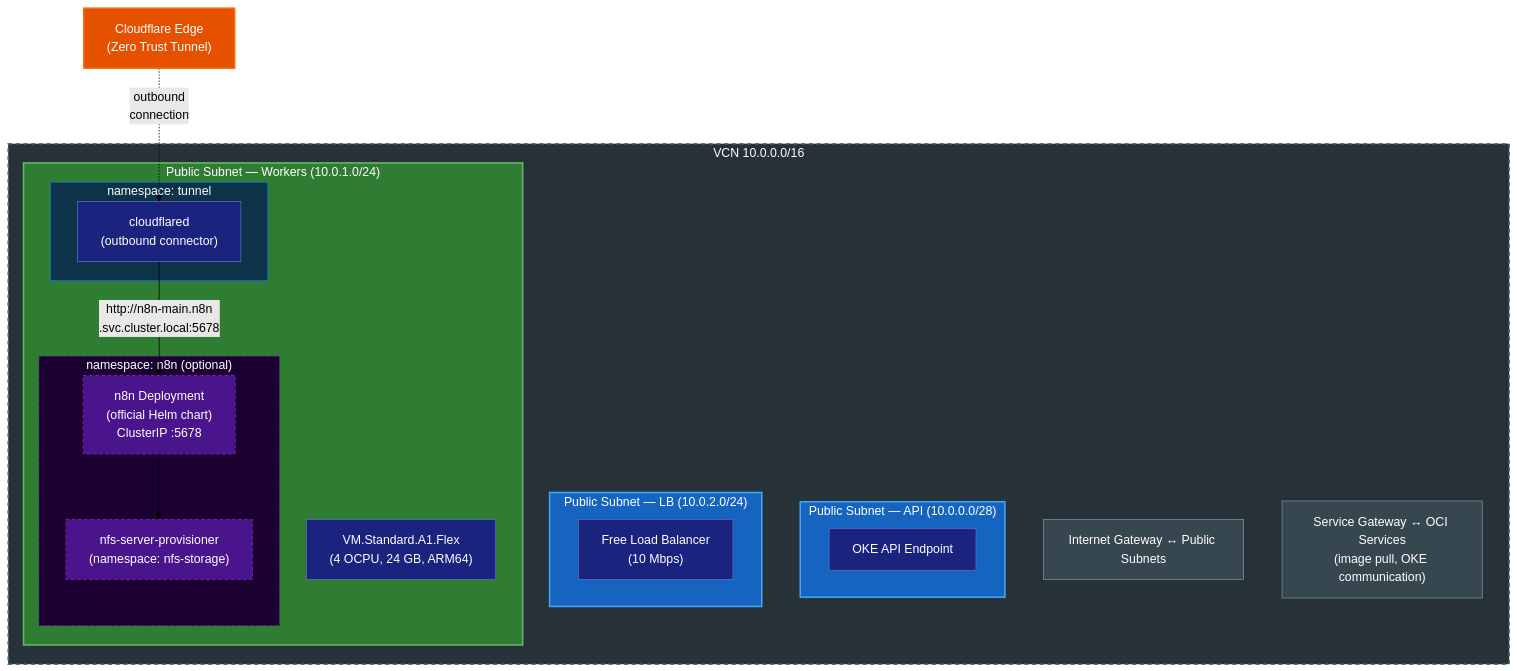
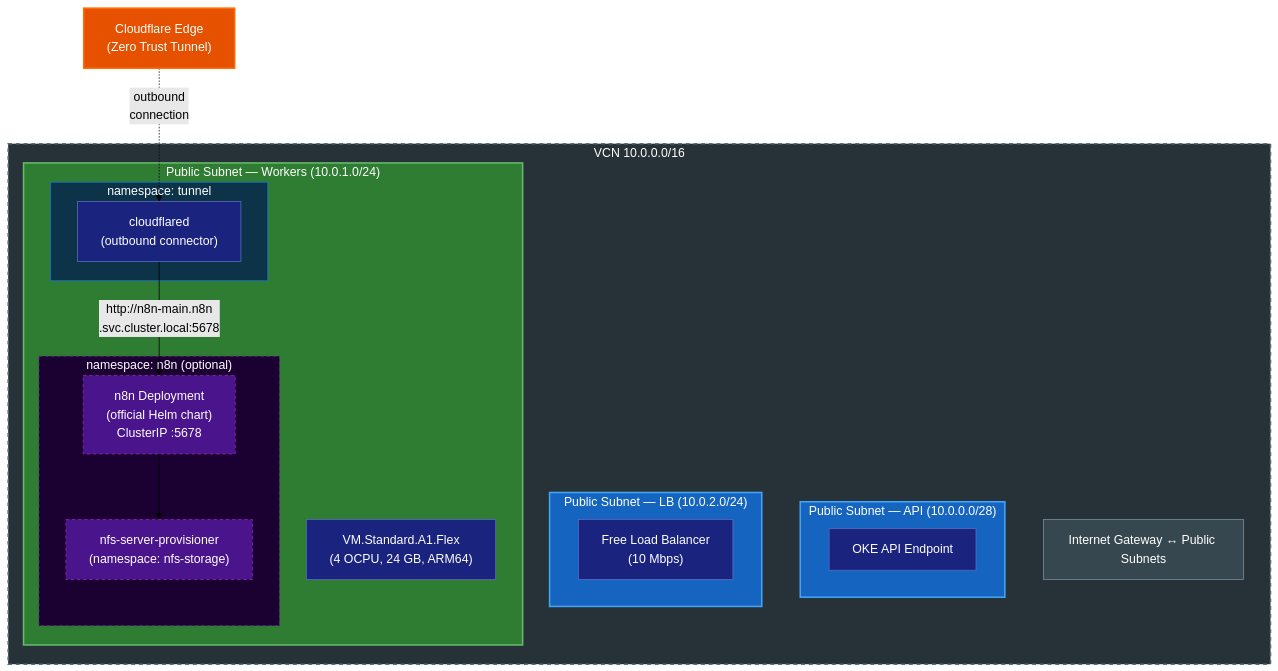
One commit to Kouni/terraform-oci-oke-alwaysfree changed the diagram in README.md. Above: the diagram before and after it, drawn with Mermaid (forest theme). The commit also changed other lines of this file and 4 other files, not shown here.

First line of the commit message:
docs: consolidate guides and align with simplified architecture

````diff
--- a/README.md
+++ b/README.md
@@ -7,51 +7,50 @@
 ```mermaid
 graph TB
     CF["Cloudflare Edge<br/>(Zero Trust Tunnel)"]
 
     subgraph VCN["VCN 10.0.0.0/16"]
         subgraph SUB_API["Public Subnet — API (10.0.0.0/28)"]
             API["OKE API Endpoint"]
         end
 
         subgraph SUB_LB["Public Subnet — LB (10.0.2.0/24)"]
             LB["Free Load Balancer<br/>(10 Mbps)"]
         end
 
         subgraph SUB_WORKER["Public Subnet — Workers (10.0.1.0/24)"]
             WORKER["VM.Standard.A1.Flex<br/>(4 OCPU, 24 GB, ARM64)"]
 
             subgraph NS_TUNNEL["namespace: tunnel"]
                 CFD["cloudflared<br/>(outbound connector)"]
             end
 
             subgraph NS_N8N["namespace: n8n (optional)"]
                 N8N["n8n Deployment<br/>(official Helm chart)<br/>ClusterIP :5678"]
                 NFS["nfs-server-provisioner<br/>(namespace: nfs-storage)"]
                 N8N --> NFS
             end
         end
 
         IGW["Internet Gateway ↔ Public Subnets"]
-        SGW["Service Gateway ↔ OCI Services<br/>(image pull, OKE communication)"]
     end
 
     CF -.->|"outbound<br/>connection"| CFD
     CFD -->|"http://n8n-main.n8n<br/>.svc.cluster.local:5678"| N8N
 
     classDef cf fill:#e65100,color:#fff,stroke:#ff6d00,stroke-width:2px
     classDef node_box fill:#1a237e,color:#fff,stroke:#5c6bc0,stroke-width:1px
     classDef gw fill:#37474f,color:#fff,stroke:#78909c,stroke-width:1px
     classDef optional fill:#4a148c,color:#fff,stroke:#9c27b0,stroke-width:1px,stroke-dasharray:4 4
 
     class CF cf
     class API,LB,WORKER,CFD node_box
-    class IGW,SGW gw
+    class IGW gw
     class N8N,NFS optional
 
     style VCN fill:#263238,color:#fff,stroke:#546e7a,stroke-width:2px,stroke-dasharray:5 5
     style SUB_API fill:#1565c0,color:#fff,stroke:#42a5f5,stroke-width:2px
     style SUB_LB fill:#1565c0,color:#fff,stroke:#42a5f5,stroke-width:2px
     style SUB_WORKER fill:#2e7d32,color:#fff,stroke:#66bb6a,stroke-width:2px
     style NS_TUNNEL fill:#0d3349,color:#fff,stroke:#1976d2,stroke-width:1px
     style NS_N8N fill:#1b0032,color:#fff,stroke:#7b1fa2,stroke-width:1px,stroke-dasharray:4 4
 ```
````
